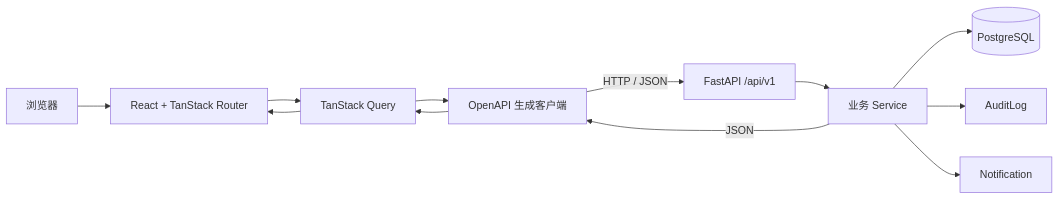
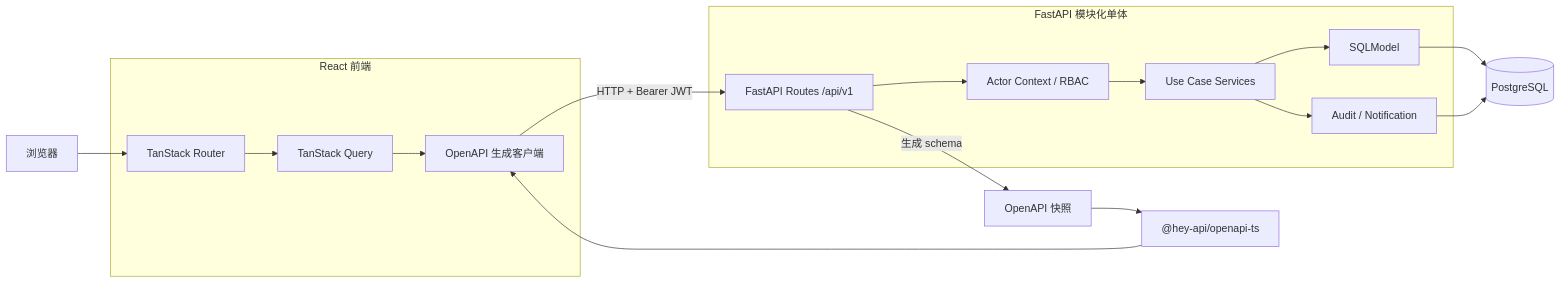
One commit to Flora-HK/ticket-dispatch changed the second of 2 diagrams in README.md. Above: the diagram before and after it, drawn with Mermaid. The commit also changed other lines of this file and 19 other files, not shown here.

````diff
--- a/README.md
+++ b/README.md
@@ -83,24 +118,30 @@
 ```mermaid
 flowchart LR
-    Browser[浏览器]
-    React[React + TanStack Router]
-    Query[TanStack Query]
-    Client[OpenAPI 生成客户端]
-    API[FastAPI /api/v1]
-    Service[业务 Service]
+    Browser["浏览器"]
+
+    subgraph Frontend["React 前端"]
+        Router["TanStack Router"]
+        Query["TanStack Query"]
+        Client["OpenAPI 生成客户端"]
+    end
+
+    subgraph Backend["FastAPI 模块化单体"]
+        API["FastAPI Routes /api/v1"]
+        Actor["Actor Context / RBAC"]
+        Service["Use Case Services"]
+        Model["SQLModel"]
+        Audit["Audit / Notification"]
+    end
+
     DB[(PostgreSQL)]
-    Audit[AuditLog]
-    Notify[Notification]
+    Snapshot["OpenAPI 快照"]
+    Generator["@hey-api/openapi-ts"]
 
-    Browser --> React
-    React --> Query
-    Query --> Client
-    Client -- HTTP / JSON --> API
-    API --> Service
-    Service --> DB
-    Service --> Audit
-    Service --> Notify
-    Service -- JSON --> Client
-    Client --> Query
-    Query --> React
+    Browser --> Router --> Query --> Client
+    Client -- "HTTP + Bearer JWT" --> API
+    API --> Actor --> Service
+    Service --> Model --> DB
+    Service --> Audit --> DB
+    API -- "生成 schema" --> Snapshot
+    Snapshot --> Generator --> Client
 ```
````
